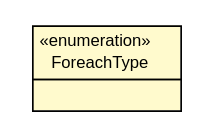
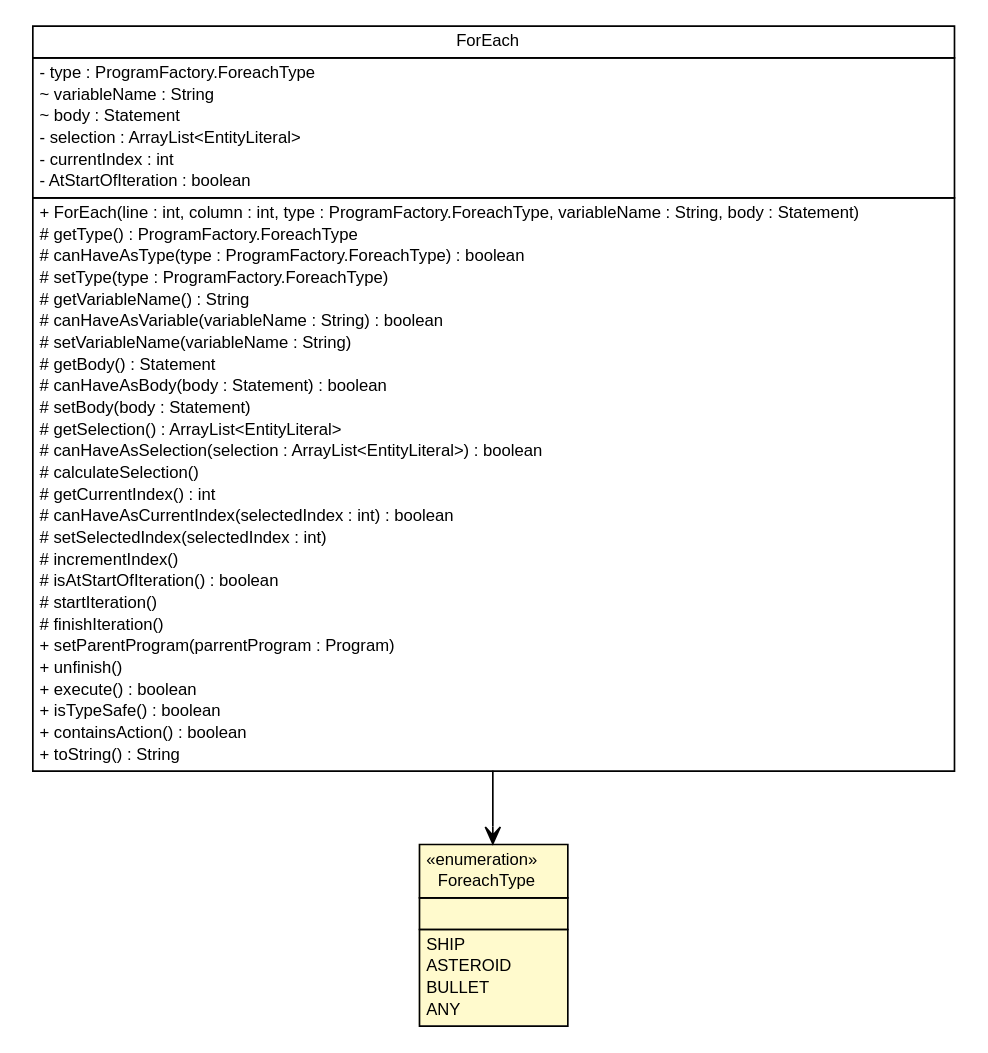
Before and after one commit to sinopeus/asteroids: the diagram in doc/model/programs/parsing/ProgramFactory.ForeachType.dot, drawn with Graphviz. The commit also changed 940 other files, not shown here.

```diff
--- a/doc/model/programs/parsing/ProgramFactory.ForeachType.dot
+++ b/doc/model/programs/parsing/ProgramFactory.ForeachType.dot
@@ -1,22 +1,72 @@
 #!/usr/local/bin/dot
 #
 # Class diagram 
 # Generated by UMLGraph version R5_6 (http://www.umlgraph.org/)
 #
 
 digraph G {
 	edge [fontname="Helvetica",fontsize=10,labelfontname="Helvetica",labelfontsize=10];
 	node [fontname="Helvetica",fontsize=10,shape=plaintext];
 	nodesep=0.25;
 	ranksep=0.5;
 	// model.programs.parsing.ProgramFactory.ForeachType
-	c14192 [label=<<table title="model.programs.parsing.ProgramFactory.ForeachType" border="0" cellborder="1" cellspacing="0" cellpadding="2" port="p" bgcolor="lemonChiffon" href="./ProgramFactory.ForeachType.html">
+	c14242 [label=<<table title="model.programs.parsing.ProgramFactory.ForeachType" border="0" cellborder="1" cellspacing="0" cellpadding="2" port="p" bgcolor="lemonChiffon" href="./ProgramFactory.ForeachType.html">
 		<tr><td><table border="0" cellspacing="0" cellpadding="1">
 <tr><td align="center" balign="center"> &#171;enumeration&#187; </td></tr>
 <tr><td align="center" balign="center"> ForeachType </td></tr>
 		</table></td></tr>
 		<tr><td><table border="0" cellspacing="0" cellpadding="1">
 <tr><td align="left" balign="left">  </td></tr>
 		</table></td></tr>
+		<tr><td><table border="0" cellspacing="0" cellpadding="1">
+<tr><td align="left" balign="left"> SHIP </td></tr>
+<tr><td align="left" balign="left"> ASTEROID </td></tr>
+<tr><td align="left" balign="left"> BULLET </td></tr>
+<tr><td align="left" balign="left"> ANY </td></tr>
+		</table></td></tr>
 		</table>>, URL="./ProgramFactory.ForeachType.html", fontname="Helvetica", fontcolor="black", fontsize=10.0];
+	// model.programs.parsing.language.statement.ForEach
+	c14308 [label=<<table title="model.programs.parsing.language.statement.ForEach" border="0" cellborder="1" cellspacing="0" cellpadding="2" port="p" href="./language/statement/ForEach.html">
+		<tr><td><table border="0" cellspacing="0" cellpadding="1">
+<tr><td align="center" balign="center"> ForEach </td></tr>
+		</table></td></tr>
+		<tr><td><table border="0" cellspacing="0" cellpadding="1">
+<tr><td align="left" balign="left"> - type : ProgramFactory.ForeachType </td></tr>
+<tr><td align="left" balign="left"> ~ variableName : String </td></tr>
+<tr><td align="left" balign="left"> ~ body : Statement </td></tr>
+<tr><td align="left" balign="left"> - selection : ArrayList&lt;EntityLiteral&gt; </td></tr>
+<tr><td align="left" balign="left"> - currentIndex : int </td></tr>
+<tr><td align="left" balign="left"> - AtStartOfIteration : boolean </td></tr>
+		</table></td></tr>
+		<tr><td><table border="0" cellspacing="0" cellpadding="1">
+<tr><td align="left" balign="left"> + ForEach(line : int, column : int, type : ProgramFactory.ForeachType, variableName : String, body : Statement) </td></tr>
+<tr><td align="left" balign="left"> # getType() : ProgramFactory.ForeachType </td></tr>
+<tr><td align="left" balign="left"> # canHaveAsType(type : ProgramFactory.ForeachType) : boolean </td></tr>
+<tr><td align="left" balign="left"> # setType(type : ProgramFactory.ForeachType) </td></tr>
+<tr><td align="left" balign="left"> # getVariableName() : String </td></tr>
+<tr><td align="left" balign="left"> # canHaveAsVariable(variableName : String) : boolean </td></tr>
+<tr><td align="left" balign="left"> # setVariableName(variableName : String) </td></tr>
+<tr><td align="left" balign="left"> # getBody() : Statement </td></tr>
+<tr><td align="left" balign="left"> # canHaveAsBody(body : Statement) : boolean </td></tr>
+<tr><td align="left" balign="left"> # setBody(body : Statement) </td></tr>
+<tr><td align="left" balign="left"> # getSelection() : ArrayList&lt;EntityLiteral&gt; </td></tr>
+<tr><td align="left" balign="left"> # canHaveAsSelection(selection : ArrayList&lt;EntityLiteral&gt;) : boolean </td></tr>
+<tr><td align="left" balign="left"> # calculateSelection() </td></tr>
+<tr><td align="left" balign="left"> # getCurrentIndex() : int </td></tr>
+<tr><td align="left" balign="left"> # canHaveAsCurrentIndex(selectedIndex : int) : boolean </td></tr>
+<tr><td align="left" balign="left"> # setSelectedIndex(selectedIndex : int) </td></tr>
+<tr><td align="left" balign="left"> # incrementIndex() </td></tr>
+<tr><td align="left" balign="left"> # isAtStartOfIteration() : boolean </td></tr>
+<tr><td align="left" balign="left"> # startIteration() </td></tr>
+<tr><td align="left" balign="left"> # finishIteration() </td></tr>
+<tr><td align="left" balign="left"> + setParentProgram(parrentProgram : Program) </td></tr>
+<tr><td align="left" balign="left"> + unfinish() </td></tr>
+<tr><td align="left" balign="left"> + execute() : boolean </td></tr>
+<tr><td align="left" balign="left"> + isTypeSafe() : boolean </td></tr>
+<tr><td align="left" balign="left"> + containsAction() : boolean </td></tr>
+<tr><td align="left" balign="left"> + toString() : String </td></tr>
+		</table></td></tr>
+		</table>>, URL="./language/statement/ForEach.html", fontname="Helvetica", fontcolor="black", fontsize=10.0];
+	// model.programs.parsing.language.statement.ForEach NAVASSOC model.programs.parsing.ProgramFactory.ForeachType
+	c14308:p -> c14242:p [taillabel="", label="", headlabel="", fontname="Helvetica", fontcolor="black", fontsize=10.0, color="black", arrowhead=open];
 }
```
